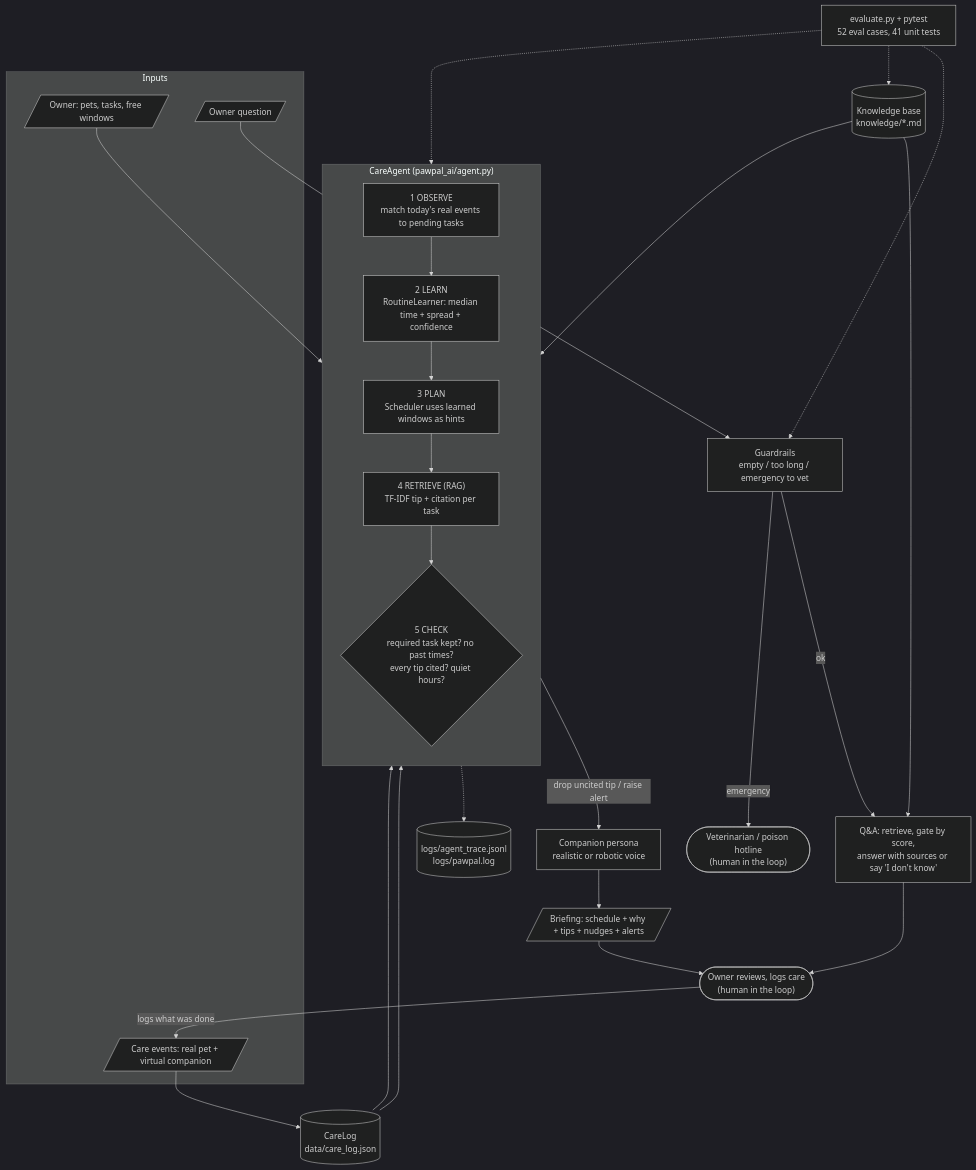
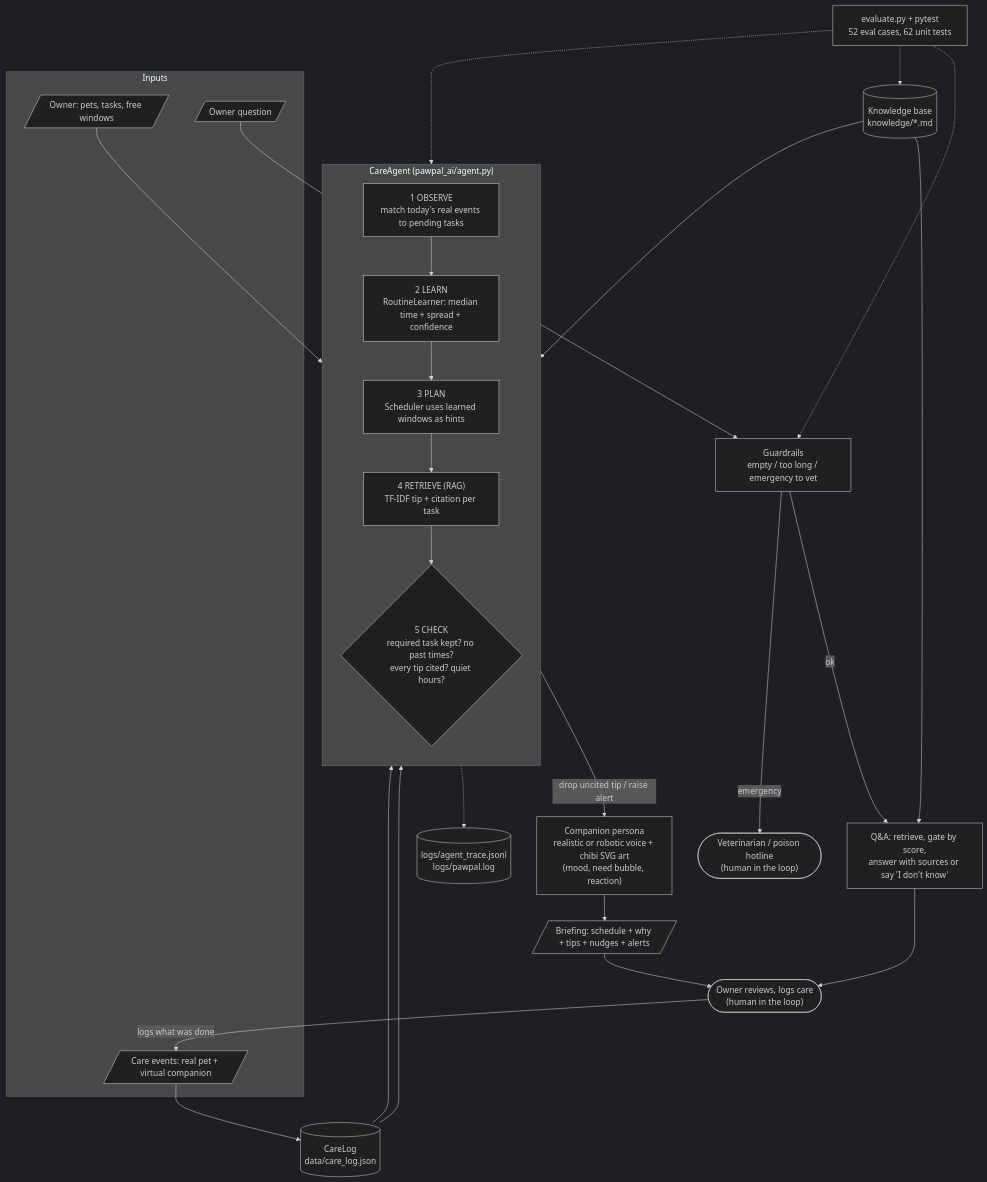
The diagram in diagrams/architecture.mmd (KJhenelle/applied-ai-system-project), drawn with Mermaid (dark theme) before and after one commit. The commit also changed 5 other files, not shown here.

Commit message:
Add animated chibi SVG companion art (realistic and robotic) with mood, need bubble and care reactions

```diff
--- a/diagrams/architecture.mmd
+++ b/diagrams/architecture.mmd
@@ -1,45 +1,45 @@
 flowchart TD
     subgraph Inputs
         OWNER[/"Owner: pets, tasks, free windows"/]
         EVENTS[/"Care events: real pet + virtual companion"/]
         QUESTION[/"Owner question"/]
     end
 
     LOG[("CareLog<br/>data/care_log.json")]
     KB[("Knowledge base<br/>knowledge/*.md")]
 
     subgraph Agent["CareAgent  (pawpal_ai/agent.py)"]
         direction TB
         OBS["1 OBSERVE<br/>match today's real events to pending tasks"]
         LEARN["2 LEARN<br/>RoutineLearner: median time + spread + confidence"]
         PLAN["3 PLAN<br/>Scheduler uses learned windows as hints"]
         RET["4 RETRIEVE (RAG)<br/>TF-IDF tip + citation per task"]
         CHECK{"5 CHECK<br/>required task kept? no past times?<br/>every tip cited? quiet hours?"}
         OBS --> LEARN --> PLAN --> RET --> CHECK
     end
 
     GUARD["Guardrails<br/>empty / too long / emergency to vet"]
     ASK["Q&A: retrieve, gate by score,<br/>answer with sources or say 'I don't know'"]
 
-    COMP["Companion persona<br/>realistic or robotic voice"]
+    COMP["Companion persona<br/>realistic or robotic voice + chibi SVG art<br/>(mood, need bubble, reaction)"]
     OUT[/"Briefing: schedule + why + tips + nudges + alerts"/]
     VET(["Veterinarian / poison hotline<br/>(human in the loop)"])
     OWNERCHECK(["Owner reviews, logs care<br/>(human in the loop)"])
     TRACE[("logs/agent_trace.jsonl<br/>logs/pawpal.log")]
-    EVAL["evaluate.py + pytest<br/>52 eval cases, 41 unit tests"]
+    EVAL["evaluate.py + pytest<br/>52 eval cases, 62 unit tests"]
 
     OWNER --> OBS
     EVENTS --> LOG --> OBS
     LOG --> LEARN
     KB --> RET
     KB --> ASK
     QUESTION --> GUARD
     GUARD -- "ok" --> ASK
     GUARD -- "emergency" --> VET
     CHECK -- "drop uncited tip / raise alert" --> COMP --> OUT --> OWNERCHECK
     ASK --> OWNERCHECK
     OWNERCHECK -- "logs what was done" --> EVENTS
     Agent -.-> TRACE
     EVAL -.-> Agent
     EVAL -.-> GUARD
     EVAL -.-> KB
```
